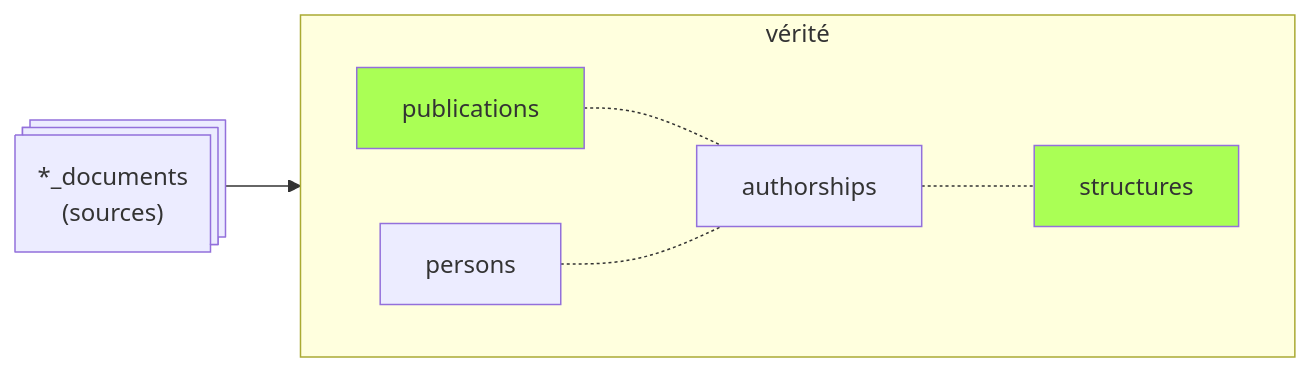
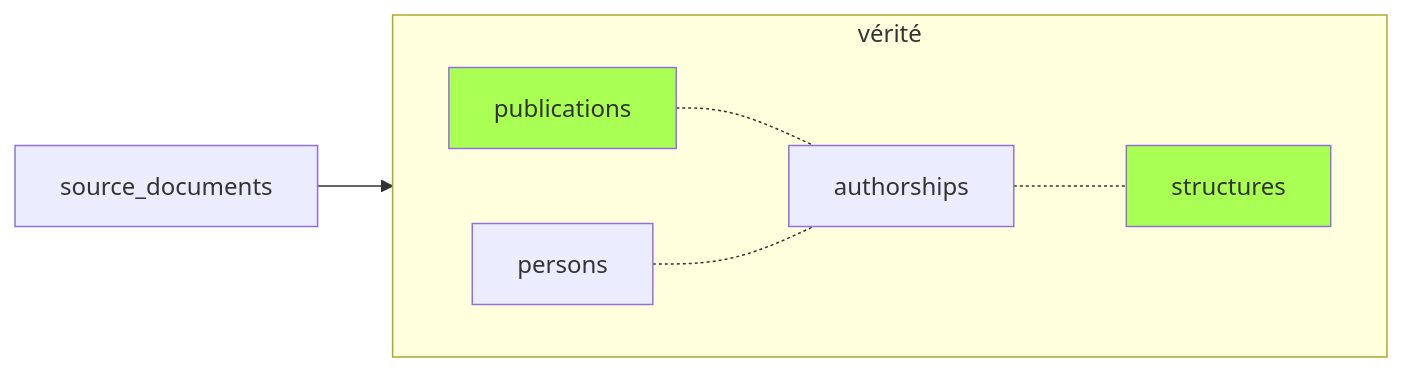
The seventh of 9 diagrams in docs/pipeline.md (Y33sha/bibliometrie-uca), drawn with Mermaid before and after one commit. The commit also changed other lines of this file and 26 other files, not shown here.

````diff
--- a/docs/pipeline.md
+++ b/docs/pipeline.md
@@ -274,13 +265,13 @@
 ```mermaid
 flowchart LR
-    G@{ shape: processes, label: "*_documents\n(sources)"}-->A
+    source_documents-->A
 
     subgraph vérité
     direction LR
     A[publications]-.-B[authorships]
     C[persons]-.-B
     B-.-F[structures]
     end
     classDef valid  fill:#af5
     class F,A valid;
 ```
````
